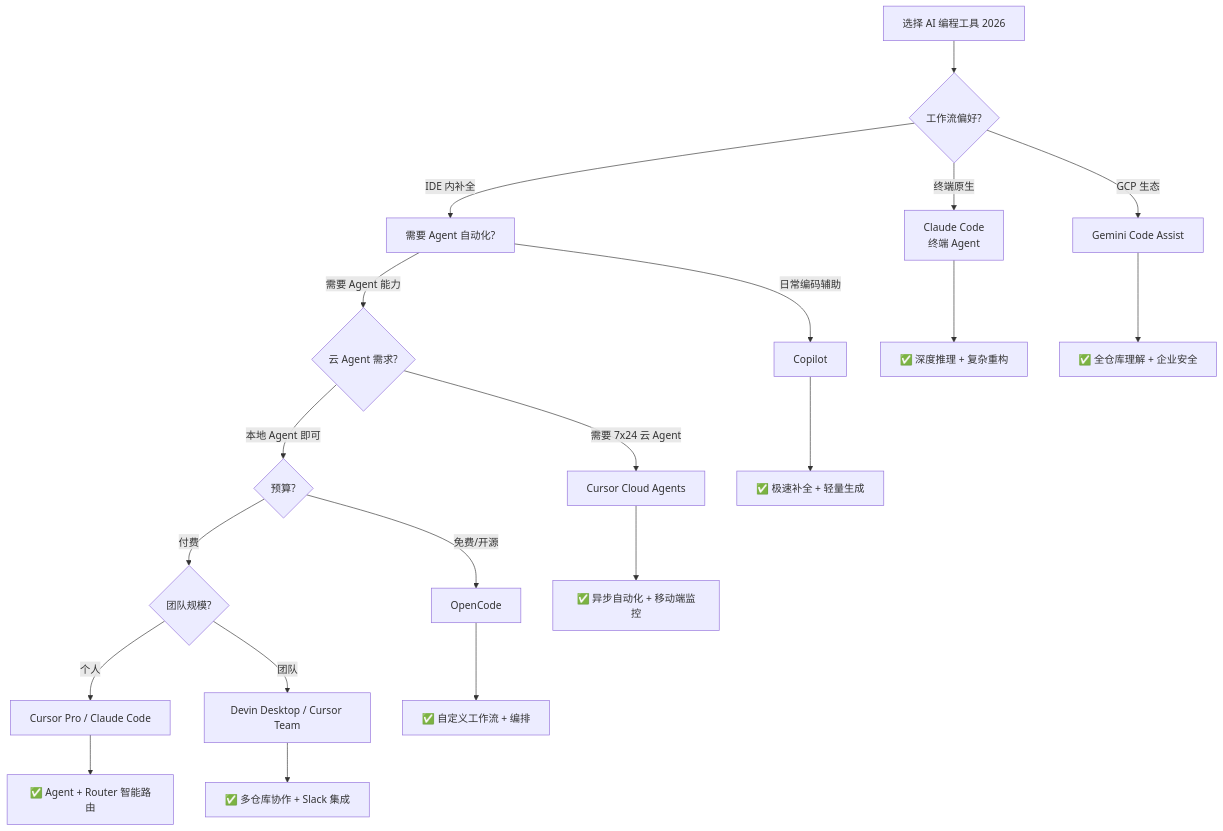
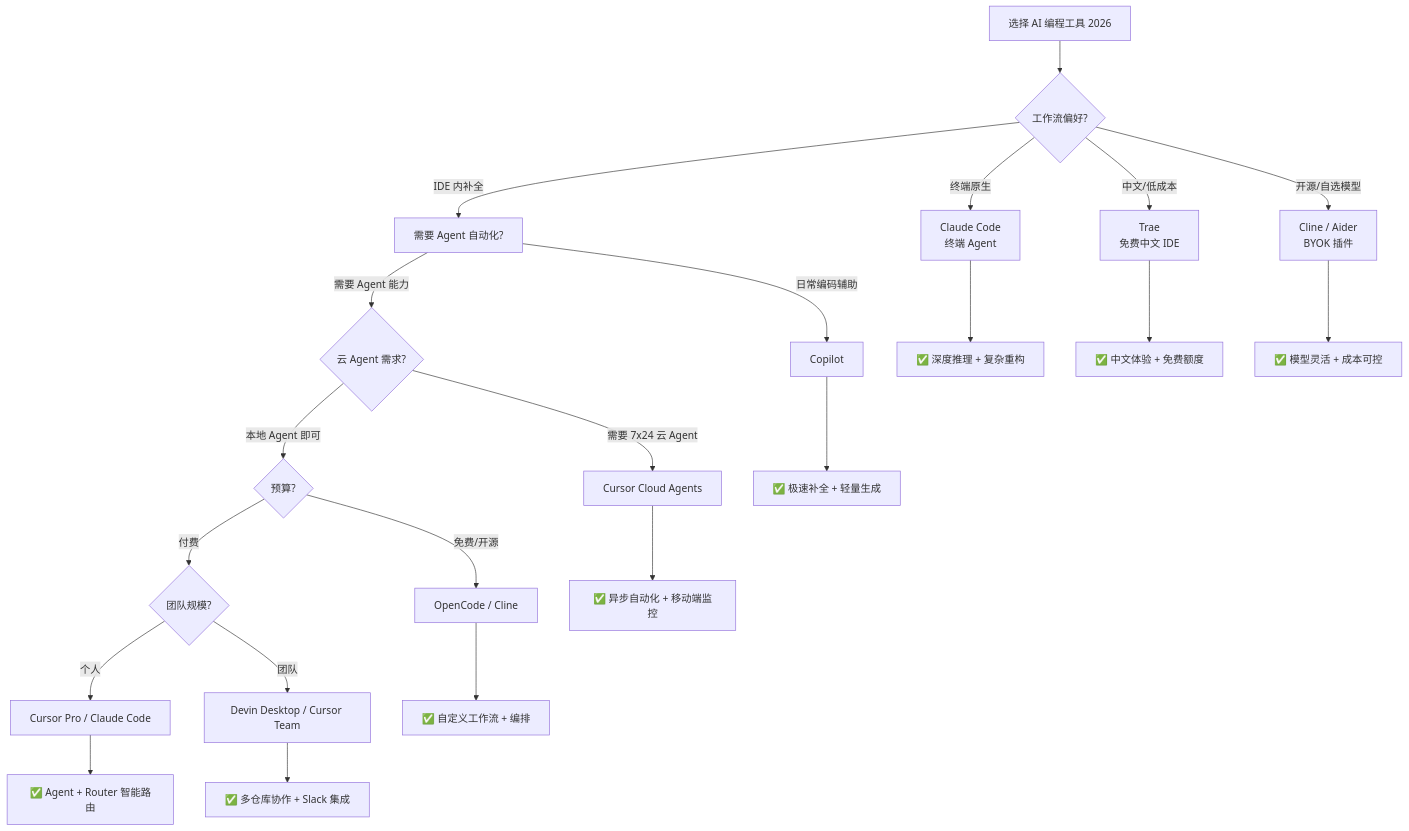
Before and after one commit to TonyXY/frontend-interview: the second of 2 diagrams in docs/ai-dev/ai-tools-overview.md, drawn with Mermaid. The commit also changed other lines of this file and 3 other files, not shown here.

Commit message:
update: refresh AI tooling docs for 2026 (Claude Opus 4.8, Cursor 3.x, Trae, Cline, Devin Cascade EOL)

````diff
--- a/docs/ai-dev/ai-tools-overview.md
+++ b/docs/ai-dev/ai-tools-overview.md
@@ -144,28 +177,30 @@
 ```mermaid
 flowchart TD
     A[选择 AI 编程工具 2026] --> B{工作流偏好?}
     
     B -->|IDE 内补全| C[需要 Agent 自动化?]
     B -->|终端原生| D[Claude Code<br/>终端 Agent]
-    B -->|GCP 生态| E[Gemini Code Assist]
+    B -->|中文/低成本| E[Trae<br/>免费中文 IDE]
+    B -->|开源/自选模型| F[Cline / Aider<br/>BYOK 插件]
     
-    C -->|日常编码辅助| F[Copilot]
-    C -->|需要 Agent 能力| G{云 Agent 需求?}
+    C -->|日常编码辅助| G[Copilot]
+    C -->|需要 Agent 能力| H{云 Agent 需求?}
     
-    G -->|需要 7x24 云 Agent| H[Cursor Cloud Agents]
-    G -->|本地 Agent 即可| I{预算?}
+    H -->|需要 7x24 云 Agent| I[Cursor Cloud Agents]
+    H -->|本地 Agent 即可| J{预算?}
     
-    I -->|免费/开源| J[OpenCode]
-    I -->|付费| K{团队规模?}
+    J -->|免费/开源| K[OpenCode / Cline]
+    J -->|付费| L{团队规模?}
     
-    K -->|个人| L[Cursor Pro / Claude Code]
-    K -->|团队| M[Devin Desktop / Cursor Team]
+    L -->|个人| M[Cursor Pro / Claude Code]
+    L -->|团队| N[Devin Desktop / Cursor Team]
     
-    F --> N[✅ 极速补全 + 轻量生成]
-    D --> O[✅ 深度推理 + 复杂重构]
-    E --> P[✅ 全仓库理解 + 企业安全]
-    H --> Q[✅ 异步自动化 + 移动端监控]
-    J --> R[✅ 自定义工作流 + 编排]
-    L --> S[✅ Agent + Router 智能路由]
-    M --> T[✅ 多仓库协作 + Slack 集成]
+    G --> O[✅ 极速补全 + 轻量生成]
+    D --> P[✅ 深度推理 + 复杂重构]
+    E --> Q[✅ 中文体验 + 免费额度]
+    F --> R[✅ 模型灵活 + 成本可控]
+    I --> S[✅ 异步自动化 + 移动端监控]
+    K --> T[✅ 自定义工作流 + 编排]
+    M --> U[✅ Agent + Router 智能路由]
+    N --> V[✅ 多仓库协作 + Slack 集成]
 ```
````
